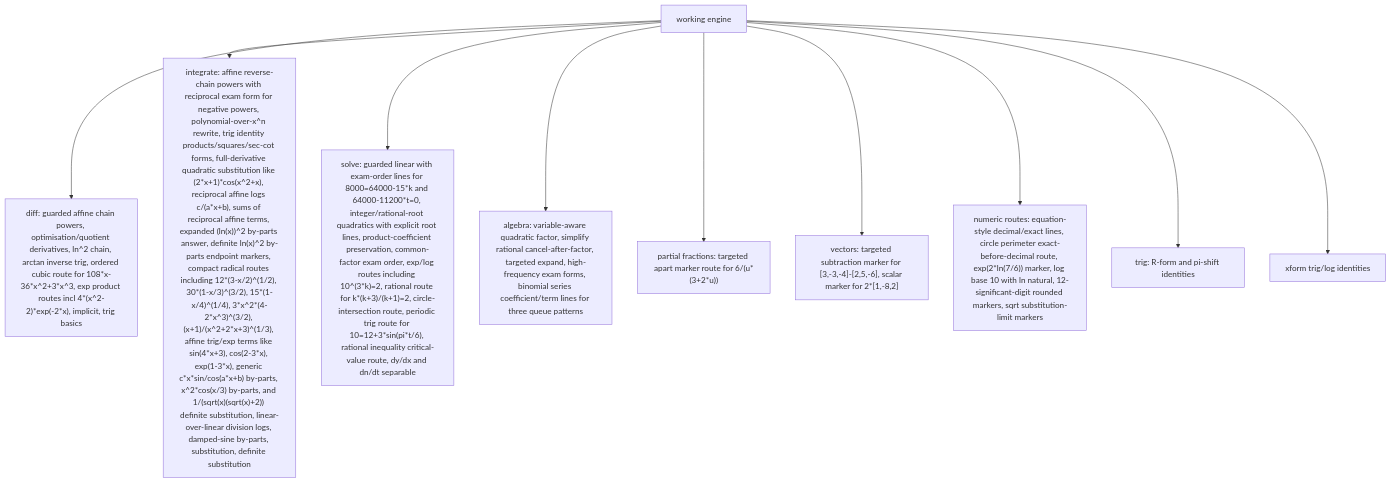
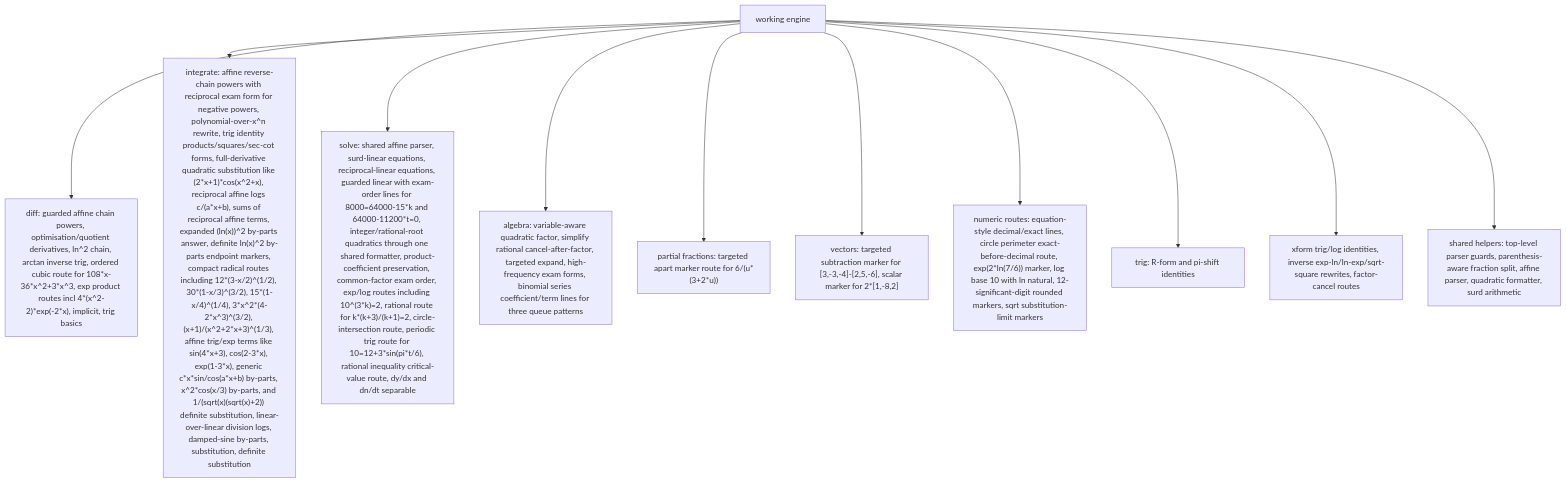
One commit to james8464/notes-addin-casio-fx-cg50 changed the third of 7 diagrams in docs/GRAPH.md. Above: the diagram before and after it, drawn with Mermaid. The commit also changed other lines of this file and 5 other files, not shown here.

Commit message:
harden shared working routes

````diff
--- a/docs/GRAPH.md
+++ b/docs/GRAPH.md
@@ -41,12 +41,13 @@
 ```mermaid
 graph TD
   Work["working engine"] --> Diff["diff: guarded affine chain powers, optimisation/quotient derivatives, ln^2 chain, arctan inverse trig, ordered cubic route for 108*x-36*x^2+3*x^3, exp product routes incl 4*(x^2-2)*exp(-2*x), implicit, trig basics"]
   Work --> Int["integrate: affine reverse-chain powers with reciprocal exam form for negative powers, polynomial-over-x^n rewrite, trig identity products/squares/sec-cot forms, full-derivative quadratic substitution like (2*x+1)*cos(x^2+x), reciprocal affine logs c/(a*x+b), sums of reciprocal affine terms, expanded (ln(x))^2 by-parts answer, definite ln(x)^2 by-parts endpoint markers, compact radical routes including 12*(3-x/2)^(1/2), 30*(1-x/3)^(3/2), 15*(1-x/4)^(1/4), 3*x^2*(4-2*x^3)^(3/2), (x+1)/(x^2+2*x+3)^(1/3), affine trig/exp terms like sin(4*x+3), cos(2-3*x), exp(1-3*x), generic c*x*sin/cos(a*x+b) by-parts, x^2*cos(x/3) by-parts, and 1/(sqrt(x)(sqrt(x)+2)) definite substitution, linear-over-linear division logs, damped-sine by-parts, substitution, definite substitution"]
-  Work --> Solve["solve: guarded linear with exam-order lines for 8000=64000-15*k and 64000-11200*t=0, integer/rational-root quadratics with explicit root lines, product-coefficient preservation, common-factor exam order, exp/log routes including 10^(3*k)=2, rational route for k*(k+3)/(k+1)=2, circle-intersection route, periodic trig route for 10=12+3*sin(pi*t/6), rational inequality critical-value route, dy/dx and dn/dt separable"]
+  Work --> Solve["solve: shared affine parser, surd-linear equations, reciprocal-linear equations, guarded linear with exam-order lines for 8000=64000-15*k and 64000-11200*t=0, integer/rational-root quadratics through one shared formatter, product-coefficient preservation, common-factor exam order, exp/log routes including 10^(3*k)=2, rational route for k*(k+3)/(k+1)=2, circle-intersection route, periodic trig route for 10=12+3*sin(pi*t/6), rational inequality critical-value route, dy/dx and dn/dt separable"]
   Work --> Alg["algebra: variable-aware quadratic factor, simplify rational cancel-after-factor, targeted expand, high-frequency exam forms, binomial series coefficient/term lines for three queue patterns"]
   Work --> PF["partial fractions: targeted apart marker route for 6/(u*(3+2*u))"]
   Work --> Vec["vectors: targeted subtraction marker for [3,-3,-4]-[2,5,-6], scalar marker for 2*[1,-8,2]"]
   Work --> Num["numeric routes: equation-style decimal/exact lines, circle perimeter exact-before-decimal route, exp(2*ln(7/6)) marker, log base 10 with ln natural, 12-significant-digit rounded markers, sqrt substitution-limit markers"]
   Work --> Trig["trig: R-form and pi-shift identities"]
-  Work --> Xform["xform trig/log identities"]
+  Work --> Xform["xform trig/log identities, inverse exp-ln/ln-exp/sqrt-square rewrites, factor-cancel routes"]
+  Work --> Shared["shared helpers: top-level parser guards, parenthesis-aware fraction split, affine parser, quadratic formatter, surd arithmetic"]
 ```
````
